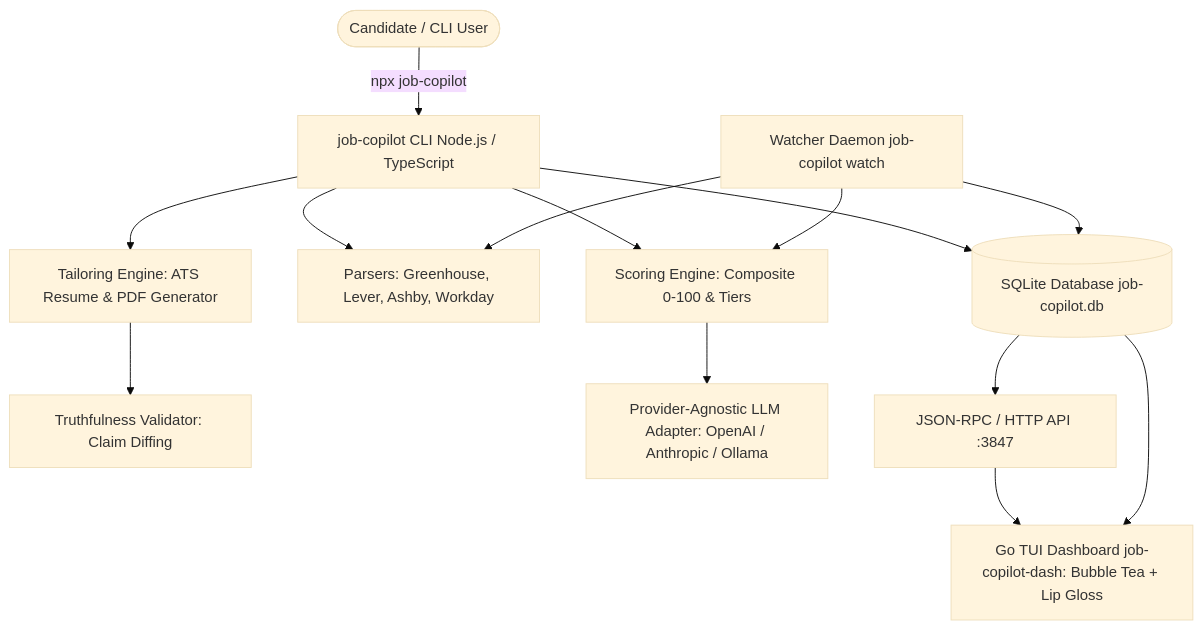
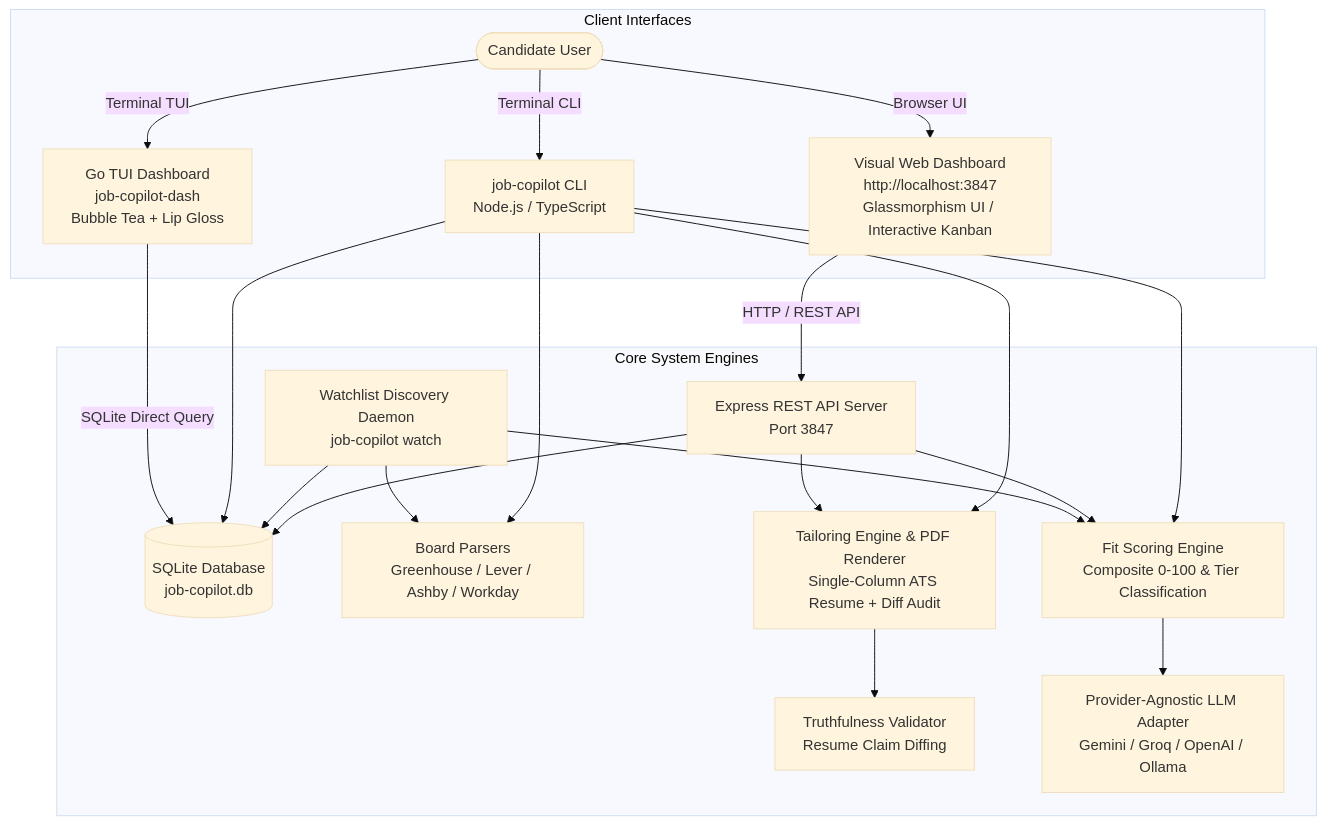
One commit to suryakant-source/Job-Copilot changed the diagram in README.md. Above: the diagram before and after it, drawn with Mermaid (base theme). The commit also changed other lines of this file, not shown here.

Commit message:
docs: update system architecture diagram to include Visual Web Dashboard, REST API server, and core engines

````diff
--- a/README.md
+++ b/README.md
@@ -9,28 +9,42 @@
 ```mermaid
 graph TD
-    User([Candidate / CLI User])
-    CLI[job-copilot CLI Node.js / TypeScript]
-    DB[(SQLite Database job-copilot.db)]
-    Watcher[Watcher Daemon job-copilot watch]
-    Parsers[Parsers: Greenhouse, Lever, Ashby, Workday]
-    Scoring[Scoring Engine: Composite 0-100 & Tiers]
-    Tailor[Tailoring Engine: ATS Resume & PDF Generator]
-    Validator[Truthfulness Validator: Claim Diffing]
-    LLM[Provider-Agnostic LLM Adapter: OpenAI / Anthropic / Ollama]
-    API[JSON-RPC / HTTP API :3847]
-    TUI[Go TUI Dashboard job-copilot-dash: Bubble Tea + Lip Gloss]
+    subgraph Client Interfaces
+        User([Candidate User])
+        WebUI[Visual Web Dashboard<br/>http://localhost:3847<br/>Glassmorphism UI / Interactive Kanban]
+        CLI[job-copilot CLI<br/>Node.js / TypeScript]
+        TUI[Go TUI Dashboard<br/>job-copilot-dash<br/>Bubble Tea + Lip Gloss]
+    end
 
-    User -->|npx job-copilot <cmd>| CLI
+    subgraph Core System Engines
+        API[Express REST API Server<br/>Port 3847]
+        DB[(SQLite Database<br/>job-copilot.db)]
+        Watcher[Watchlist Discovery Daemon<br/>job-copilot watch]
+        Parsers[Board Parsers<br/>Greenhouse / Lever / Ashby / Workday]
+        Scoring[Fit Scoring Engine<br/>Composite 0-100 & Tier Classification]
+        Tailor[Tailoring Engine & PDF Renderer<br/>Single-Column ATS Resume + Diff Audit]
+        Validator[Truthfulness Validator<br/>Resume Claim Diffing]
+        LLM[Provider-Agnostic LLM Adapter<br/>Gemini / Groq / OpenAI / Ollama]
+    end
+
+    User -->|Browser UI| WebUI
+    User -->|Terminal CLI| CLI
+    User -->|Terminal TUI| TUI
+
+    WebUI -->|HTTP / REST API| API
     CLI --> Parsers
     CLI --> Scoring
     CLI --> Tailor
+    
+    API --> DB
+    API --> Scoring
+    API --> Tailor
+    
+    Watcher --> Parsers
+    Watcher --> Scoring
+    Watcher --> DB
+    
     Tailor --> Validator
     Scoring --> LLM
     CLI --> DB
-    Watcher --> Parsers
-    Watcher --> Scoring
-    Watcher --> DB
-    DB --> API
-    API --> TUI
-    DB --> TUI
+    TUI -->|SQLite Direct Query| DB
 ```
````
